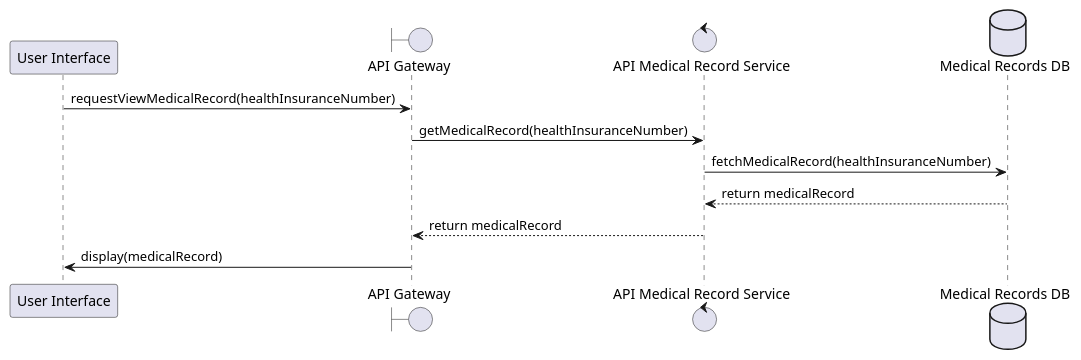
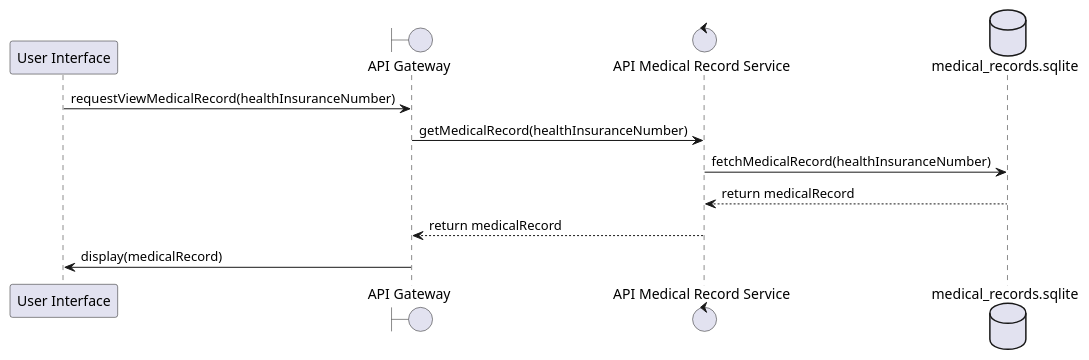
Diagram 14 of 14 in _models/SequenceDiagrams/sequence.puml (CyberFery/med), drawn with PlantUML before and after one commit. The commit also changed other lines of this file, not shown here.

```diff
--- a/_models/SequenceDiagrams/sequence.puml
+++ b/_models/SequenceDiagrams/sequence.puml
@@ -299,17 +299,17 @@
 @startuml
 participant "User Interface" as UI
 boundary "API Gateway" as Gateway
 control "API Medical Record Service" as MedRecordService
-database "Medical Records DB" as MedDB
+database "medical_records.sqlite" as MedDB
 
 UI -> Gateway: requestViewMedicalRecord(healthInsuranceNumber)
 
 
 Gateway -> MedRecordService: getMedicalRecord(healthInsuranceNumber)
 
 MedRecordService -> MedDB: fetchMedicalRecord(healthInsuranceNumber)
 MedDB --> MedRecordService:return medicalRecord
 
 MedRecordService --> Gateway: return medicalRecord
 Gateway -> UI: display(medicalRecord)
 @enduml
```
